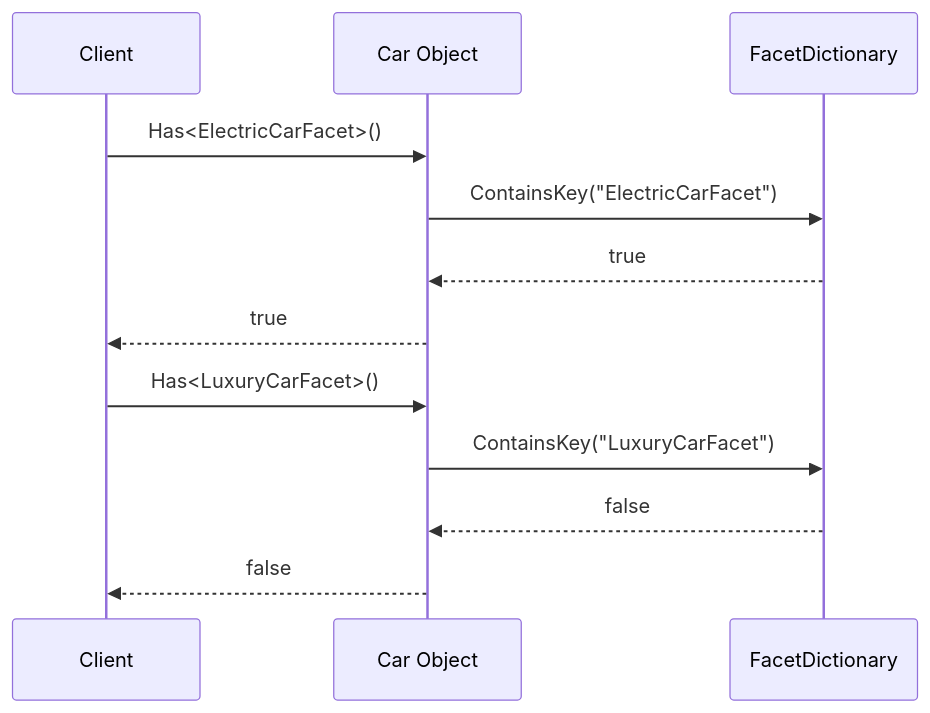
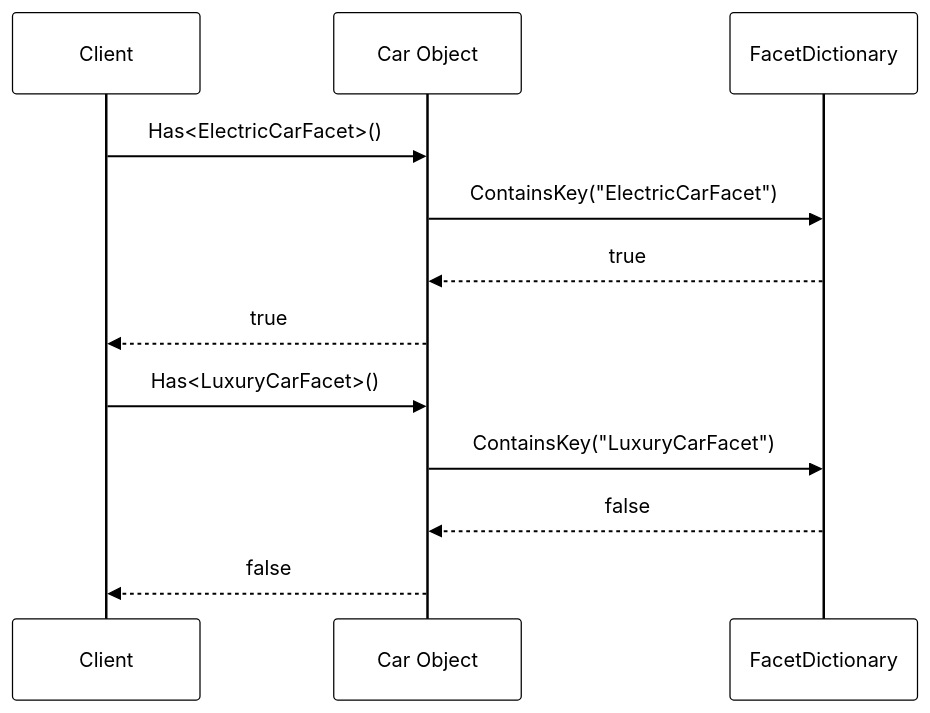
One commit to FrenchExDev/FrenchExDev.Net changed the fifth of 6 diagrams in Object.Biz/doc/ARCHITECTURE.md. Above: the diagram before and after it, drawn with Mermaid. The commit also changed other lines of this file and 1 other file, not shown here.

````diff
--- a/Object.Biz/doc/ARCHITECTURE.md
+++ b/Object.Biz/doc/ARCHITECTURE.md
@@ -219,16 +220,17 @@
 ```mermaid
+%%{init: {'theme':'base', 'themeVariables': { 'primaryColor':'#fff','primaryTextColor':'#000','primaryBorderColor':'#000','lineColor':'#000','secondaryColor':'#f4f4f4','tertiaryColor':'#f4f4f4','noteTextColor':'#000','noteBkgColor':'#fff','noteBorderColor':'#000','actorTextColor':'#000','actorLineColor':'#000','signalColor':'#000','signalTextColor':'#000','labelBoxBkgColor':'#f4f4f4','labelBoxBorderColor':'#000','labelTextColor':'#000','loopTextColor':'#000','activationBorderColor':'#000','activationBkgColor':'#f4f4f4','sequenceNumberColor':'#000'}}}%%
 sequenceDiagram
     participant Client
     participant Car as Car Object
     participant FacetDict as FacetDictionary
     
     Client->>Car: Has<ElectricCarFacet>()
     Car->>FacetDict: ContainsKey("ElectricCarFacet")
     FacetDict-->>Car: true
     Car-->>Client: true
     
     Client->>Car: Has<LuxuryCarFacet>()
     Car->>FacetDict: ContainsKey("LuxuryCarFacet")
     FacetDict-->>Car: false
     Car-->>Client: false
 ```
````
